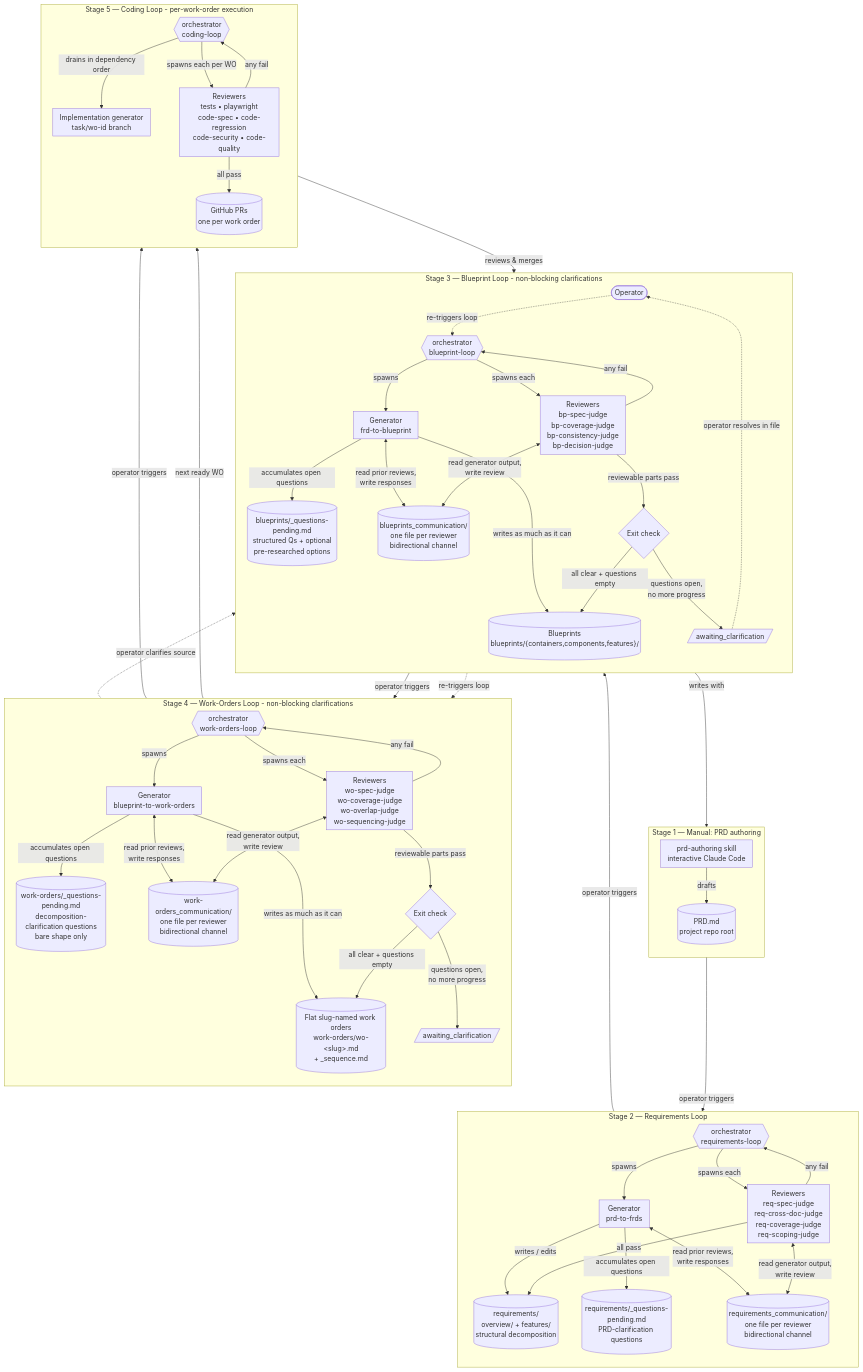
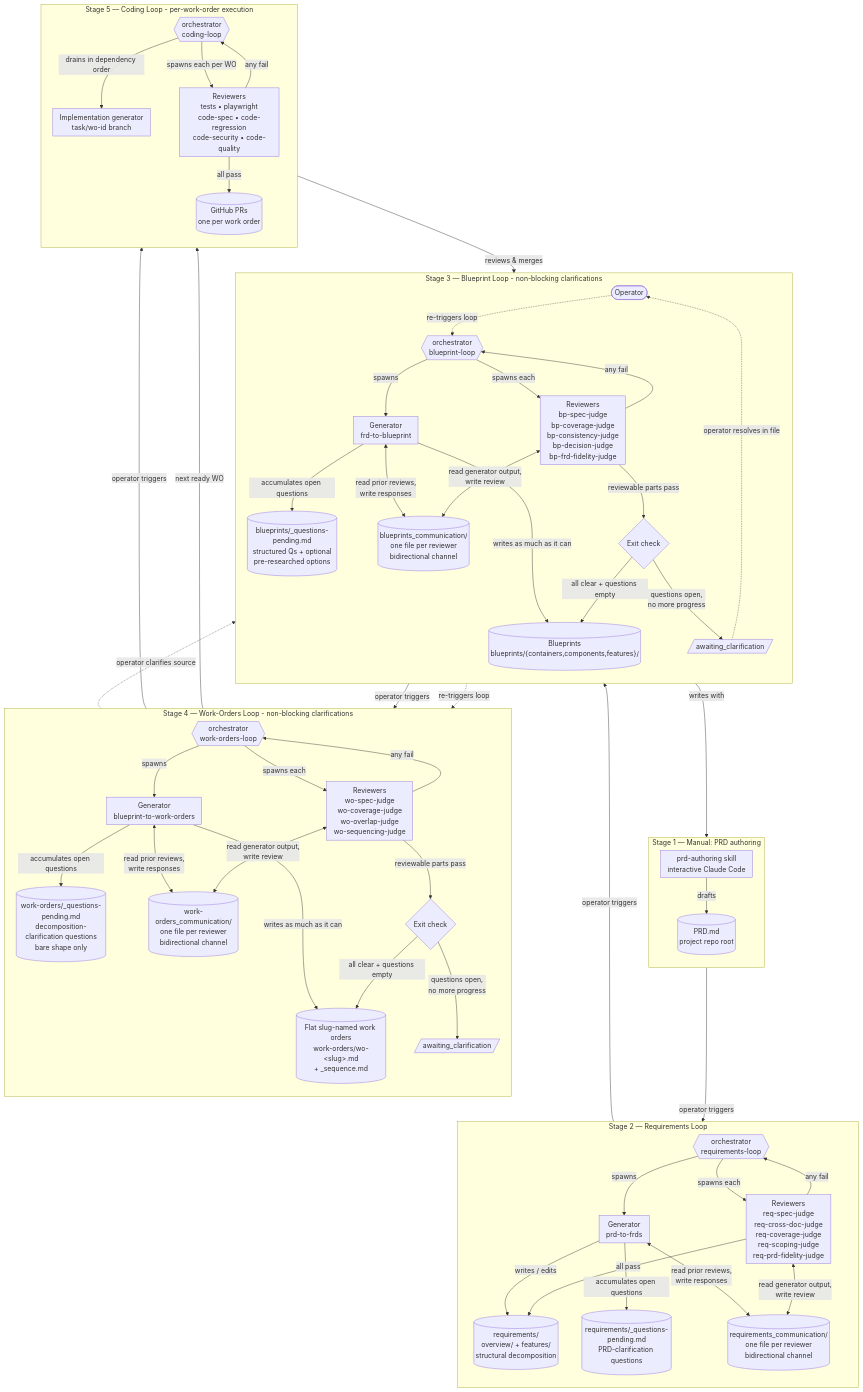
Before and after one commit to ribhav99/coding_harness: the second of 2 diagrams in BLUEPRINT.md, drawn with Mermaid. The commit also changed other lines of this file and 4 other files, not shown here.

First line of the commit message:
align FRDs / PRD / BLUEPRINT / overview docs with the two new fidelity judges

```diff
--- a/BLUEPRINT.md
+++ b/BLUEPRINT.md
@@ -73,7 +73,7 @@
       direction TB
       OrchR{{orchestrator<br/>requirements-loop}}
       GenR[Generator<br/>prd-to-frds]
-      RevR["Reviewers<br/>req-spec-judge<br/>req-cross-doc-judge<br/>req-coverage-judge<br/>req-scoping-judge"]
+      RevR["Reviewers<br/>req-spec-judge<br/>req-cross-doc-judge<br/>req-coverage-judge<br/>req-scoping-judge<br/>req-prd-fidelity-judge"]
       CommR[("requirements_communication/<br/>one file per reviewer<br/>bidirectional channel")]
       QFileR[("requirements/_questions-pending.md<br/>PRD-clarification questions")]
       ReqTree[("requirements/<br/>overview/ + features/<br/>structural decomposition")]
@@ -93,7 +93,7 @@
       OrchB{{orchestrator<br/>blueprint-loop}}
       GenB[Generator<br/>frd-to-blueprint]
       QFileB[("blueprints/_questions-pending.md<br/>structured Qs + optional<br/>pre-researched options")]
-      RevB["Reviewers<br/>bp-spec-judge<br/>bp-coverage-judge<br/>bp-consistency-judge<br/>bp-decision-judge"]
+      RevB["Reviewers<br/>bp-spec-judge<br/>bp-coverage-judge<br/>bp-consistency-judge<br/>bp-decision-judge<br/>bp-frd-fidelity-judge"]
       CommB[("blueprints_communication/<br/>one file per reviewer<br/>bidirectional channel")]
       BPs[("Blueprints<br/>blueprints/{containers,components,features}/")]
       Exit{Exit check}
```
